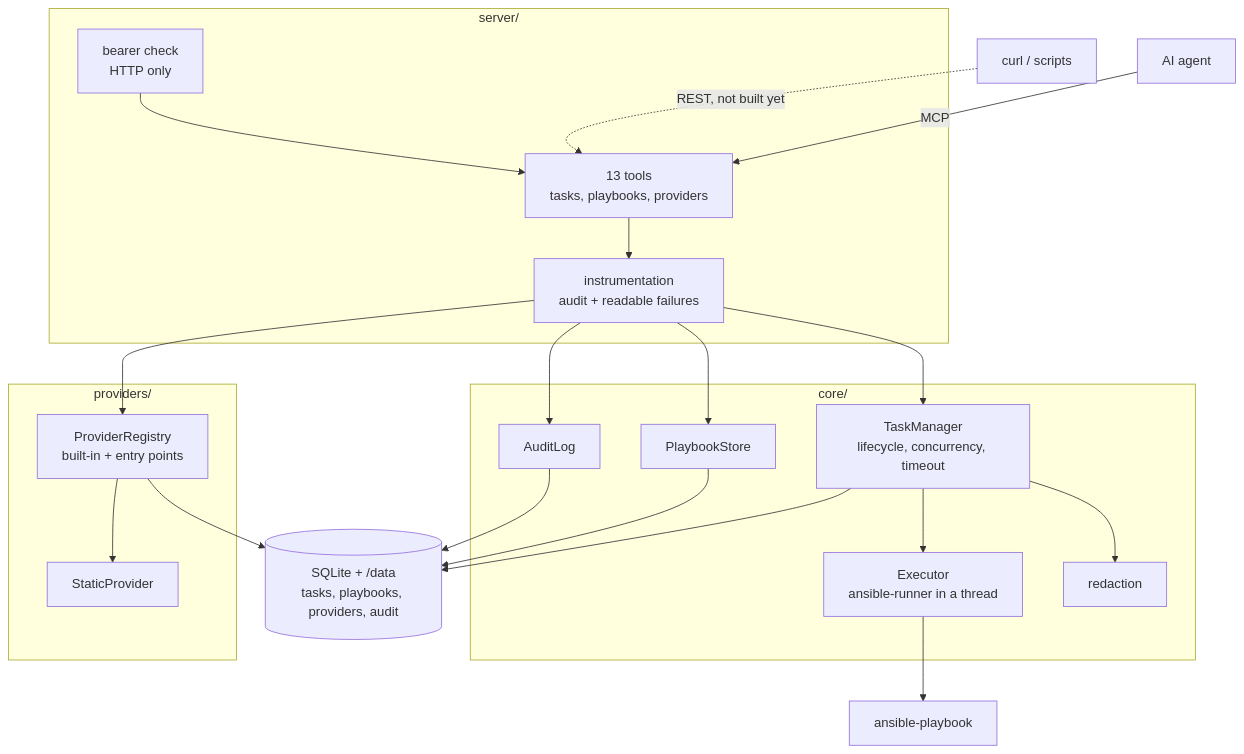
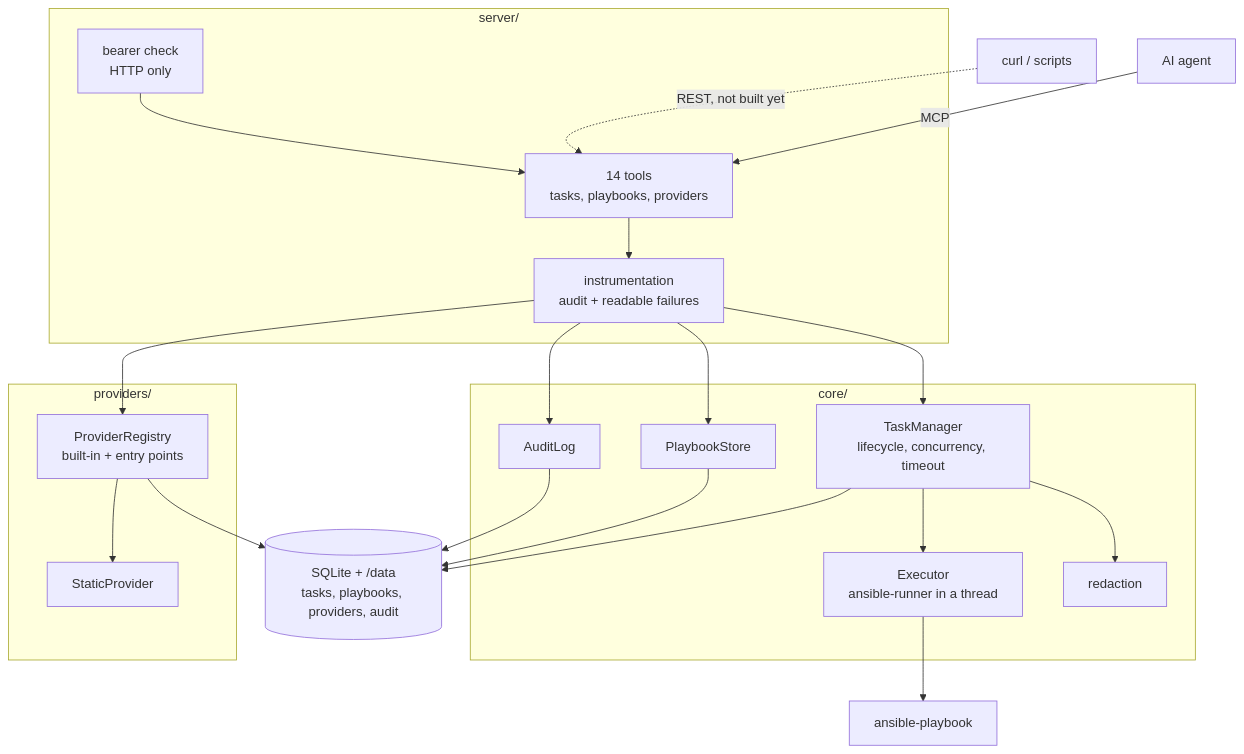
The first of 2 diagrams in docs/architecture.md (ppavlovrus/simple_ansible_controller), drawn with Mermaid before and after one commit. The commit also changed other lines of this file and 18 other files, not shown here.

````diff
--- a/docs/architecture.md
+++ b/docs/architecture.md
@@ -10,42 +10,42 @@
 ```mermaid
 graph TB
     Agent[AI agent] -->|MCP| Tools
     Human[curl / scripts] -.->|REST, not built yet| Tools
 
     subgraph Interface["server/"]
-        Tools[13 tools<br/>tasks, playbooks, providers]
+        Tools[14 tools<br/>tasks, playbooks, providers]
         Instr[instrumentation<br/>audit + readable failures]
         Auth[bearer check<br/>HTTP only]
     end
 
     subgraph Core["core/"]
         TM[TaskManager<br/>lifecycle, concurrency, timeout]
         Exec[Executor<br/>ansible-runner in a thread]
         Store[PlaybookStore]
         Redact[redaction]
         Audit[AuditLog]
     end
 
     subgraph Providers["providers/"]
         Registry[ProviderRegistry<br/>built-in + entry points]
         Static[StaticProvider]
     end
 
     Data[(SQLite + /data<br/>tasks, playbooks, providers, audit)]
     Ansible[ansible-playbook]
 
     Auth --> Tools
     Tools --> Instr
     Instr --> TM
     Instr --> Store
     Instr --> Registry
     Instr --> Audit
     TM --> Exec
     TM --> Redact
     Registry --> Static
     Exec --> Ansible
     TM --> Data
     Store --> Data
     Audit --> Data
     Registry --> Data
 ```
````
